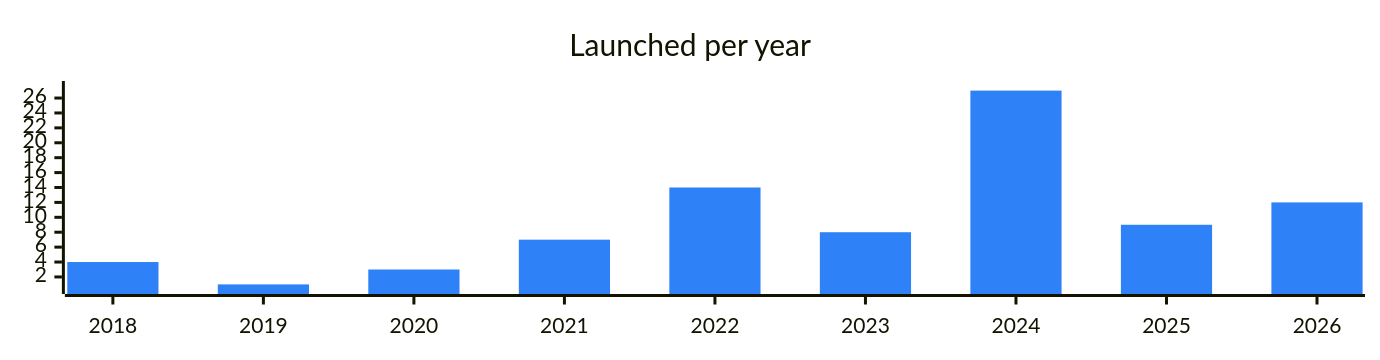
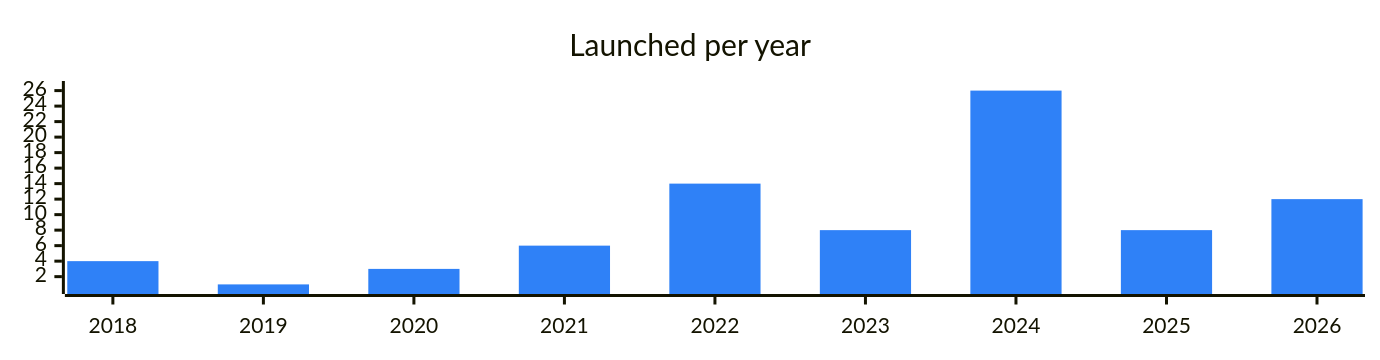
The diagram in categories/exchanges.md (vitalikgpt/gram-ecosystem), drawn with Mermaid before and after one commit. The commit also changed other lines of this file and 71 other files, not shown here.

````diff
--- a/categories/exchanges.md
+++ b/categories/exchanges.md
@@ -7,7 +7,7 @@
 ```mermaid
 %%{init: {"xyChart": {"width": 900, "height": 220}, "themeVariables": {"xyChart": {"plotColorPalette": "#2f81f7"}}}}%%
 xychart-beta
   title "Launched per year"
   x-axis ["2018", "2019", "2020", "2021", "2022", "2023", "2024", "2025", "2026"]
-  bar [4, 1, 3, 7, 14, 8, 27, 9, 12]
+  bar [4, 1, 3, 6, 14, 8, 26, 8, 12]
 ```
````
